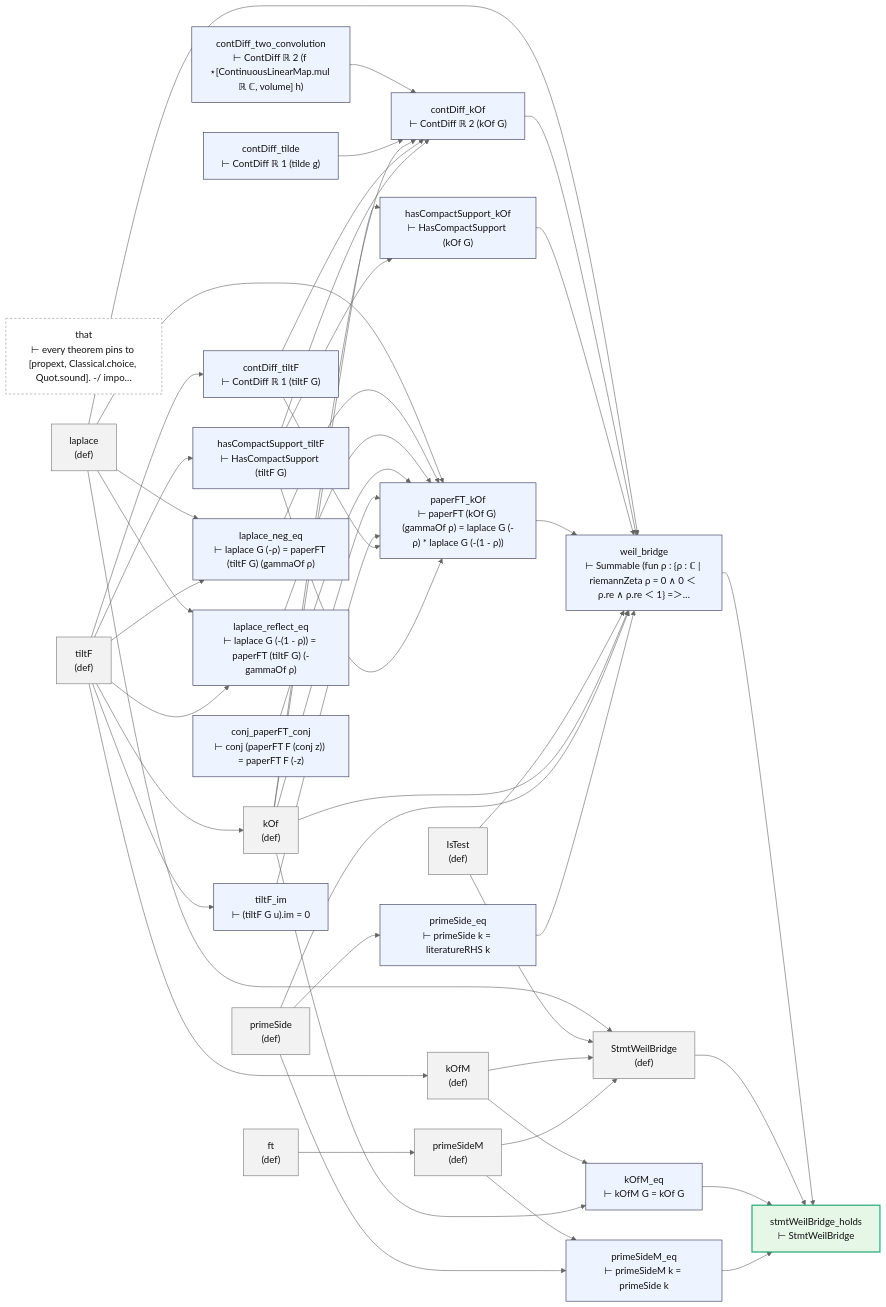
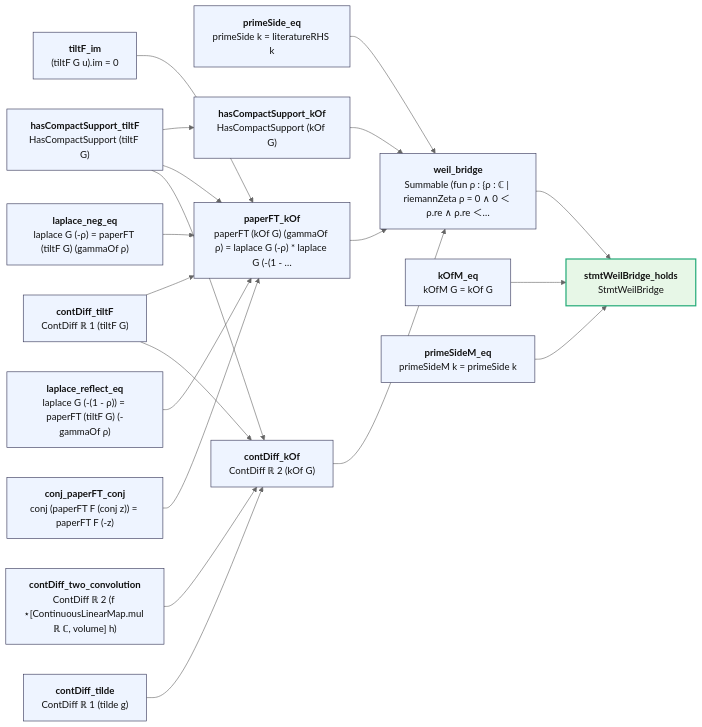
One commit to juliansambranojr/Primebeat_081426 changed the diagram in map/lean_bridge/WeilBridge.md. Above: the diagram before and after it, drawn with Mermaid (neutral theme). The commit also changed other lines of this file and 387 other files, not shown here.

First line of the commit message:
map/: arrows now come from Lean's own record of what each proof uses; every theorem gets Proves, Needs, Fed by, Feeds; chain pages for the long ends; ALL.md; RECONCILE.md

````diff
--- a/map/lean_bridge/WeilBridge.md
+++ b/map/lean_bridge/WeilBridge.md
@@ -8,81 +12,42 @@
 ```mermaid
 flowchart LR
-  n0["that<br/>⊢ every theorem pins to [propext, Classical.choice, Quot.sound]. -/ impo…"]:::lone
-  n1["laplace<br/>(def)"]:::dfn
-  n2["IsTest<br/>(def)"]:::dfn
-  n3["tiltF<br/>(def)"]:::dfn
-  n4["kOf<br/>(def)"]:::dfn
-  n5["primeSide<br/>(def)"]:::dfn
-  n6["primeSide_eq<br/>⊢ primeSide k = literatureRHS k"]:::thm
-  n7["tiltF_im<br/>⊢ (tiltF G u).im = 0"]:::thm
-  n8["contDiff_tiltF<br/>⊢ ContDiff ℝ 1 (tiltF G)"]:::thm
-  n9["hasCompactSupport_tiltF<br/>⊢ HasCompactSupport (tiltF G)"]:::thm
-  n10["laplace_neg_eq<br/>⊢ laplace G (-ρ) = paperFT (tiltF G) (gammaOf ρ)"]:::thm
-  n11["laplace_reflect_eq<br/>⊢ laplace G (-(1 - ρ)) = paperFT (tiltF G) (-gammaOf ρ)"]:::thm
-  n12["conj_paperFT_conj<br/>⊢ conj (paperFT F (conj z)) = paperFT F (-z)"]:::thm
-  n13["contDiff_two_convolution<br/>⊢ ContDiff ℝ 2 (f ⋆[ContinuousLinearMap.mul ℝ ℂ, volume] h)"]:::thm
-  n14["contDiff_tilde<br/>⊢ ContDiff ℝ 1 (tilde g)"]:::thm
-  n15["contDiff_kOf<br/>⊢ ContDiff ℝ 2 (kOf G)"]:::thm
-  n16["hasCompactSupport_kOf<br/>⊢ HasCompactSupport (kOf G)"]:::thm
-  n17["paperFT_kOf<br/>⊢ paperFT (kOf G) (gammaOf ρ) = laplace G (-ρ) * laplace G (-(1 - ρ))"]:::thm
-  n18["weil_bridge<br/>⊢ Summable (fun ρ : {ρ : ℂ | riemannZeta ρ = 0 ∧ 0 ＜ ρ.re ∧ ρ.re ＜ 1} =＞…"]:::thm
-  n19["ft<br/>(def)"]:::dfn
-  n20["kOfM<br/>(def)"]:::dfn
-  n21["primeSideM<br/>(def)"]:::dfn
-  n22["StmtWeilBridge<br/>(def)"]:::dfn
-  n23["kOfM_eq<br/>⊢ kOfM G = kOf G"]:::thm
-  n24["primeSideM_eq<br/>⊢ primeSideM k = primeSide k"]:::thm
-  n25["stmtWeilBridge_holds<br/>⊢ StmtWeilBridge"]:::end_
-  n1 --> n10
+  n0["<b>primeSide_eq</b><br/>primeSide k = literatureRHS k"]:::thm
+  n1["<b>tiltF_im</b><br/>(tiltF G u).im = 0"]:::thm
+  n2["<b>contDiff_tiltF</b><br/>ContDiff ℝ 1 (tiltF G)"]:::thm
+  n3["<b>hasCompactSupport_tiltF</b><br/>HasCompactSupport (tiltF G)"]:::thm
+  n4["<b>laplace_neg_eq</b><br/>laplace G (-ρ) = paperFT (tiltF G) (gammaOf ρ)"]:::thm
+  n5["<b>laplace_reflect_eq</b><br/>laplace G (-(1 - ρ)) = paperFT (tiltF G) (-gammaOf ρ)"]:::thm
+  n6["<b>conj_paperFT_conj</b><br/>conj (paperFT F (conj z)) = paperFT F (-z)"]:::thm
+  n7["<b>contDiff_two_convolution</b><br/>ContDiff ℝ 2 (f ⋆[ContinuousLinearMap.mul ℝ ℂ, volume] h)"]:::thm
+  n8["<b>contDiff_tilde</b><br/>ContDiff ℝ 1 (tilde g)"]:::thm
+  n9["<b>contDiff_kOf</b><br/>ContDiff ℝ 2 (kOf G)"]:::thm
+  n10["<b>hasCompactSupport_kOf</b><br/>HasCompactSupport (kOf G)"]:::thm
+  n11["<b>paperFT_kOf</b><br/>paperFT (kOf G) (gammaOf ρ) = laplace G (-ρ) * laplace G (-(1 - …"]:::thm
+  n12["<b>weil_bridge</b><br/>Summable (fun ρ : {ρ : ℂ | riemannZeta ρ = 0 ∧ 0 ＜ ρ.re ∧ ρ.re ＜…"]:::thm
+  n13["<b>kOfM_eq</b><br/>kOfM G = kOf G"]:::thm
+  n14["<b>primeSideM_eq</b><br/>primeSideM k = primeSide k"]:::thm
+  n15["<b>stmtWeilBridge_holds</b><br/>StmtWeilBridge"]:::end_
+  n0 --> n12
   n1 --> n11
-  n1 --> n17
-  n1 --> n18
-  n1 --> n22
-  n10 --> n17
-  n11 --> n17
-  n12 --> n17
+  n10 --> n12
+  n11 --> n12
+  n12 --> n15
   n13 --> n15
   n14 --> n15
-  n15 --> n18
-  n16 --> n18
-  n17 --> n18
-  n18 --> n25
-  n19 --> n21
-  n2 --> n18
-  n2 --> n22
-  n20 --> n22
-  n20 --> n23
-  n21 --> n22
-  n21 --> n24
-  n22 --> n25
-  n23 --> n25
-  n24 --> n25
+  n2 --> n11
+  n2 --> n9
   n3 --> n10
   n3 --> n11
-  n3 --> n20
-  n3 --> n4
-  n3 --> n7
-  n3 --> n8
   n3 --> n9
-  n4 --> n15
-  n4 --> n16
-  n4 --> n17
-  n4 --> n18
-  n4 --> n23
-  n5 --> n18
-  n5 --> n24
-  n5 --> n6
-  n6 --> n18
-  n7 --> n17
-  n8 --> n15
-  n8 --> n17
-  n9 --> n15
-  n9 --> n16
-  n9 --> n17
+  n4 --> n11
+  n5 --> n11
+  n6 --> n11
+  n7 --> n9
+  n8 --> n9
+  n9 --> n12
   classDef thm fill:#eef4ff,stroke:#335,color:#111
-  classDef dfn fill:#f2f2f2,stroke:#777,color:#111
   classDef end_ fill:#e7f7e7,stroke:#2a7,color:#111,stroke-width:2px
   classDef lone fill:#fff,stroke:#999,color:#111,stroke-dasharray:4 3
   classDef bad fill:#ffe5e5,stroke:#c22,color:#111,stroke-width:2px
-  classDef ext fill:#fff8e1,stroke:#b80,color:#111,stroke-dasharray:2 2
+  classDef ext fill:#fff8e1,stroke:#b80,color:#111
 ```
````
